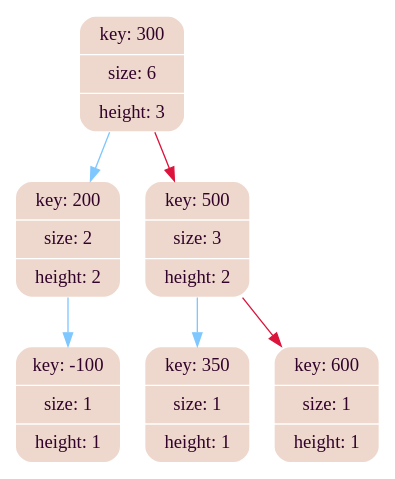
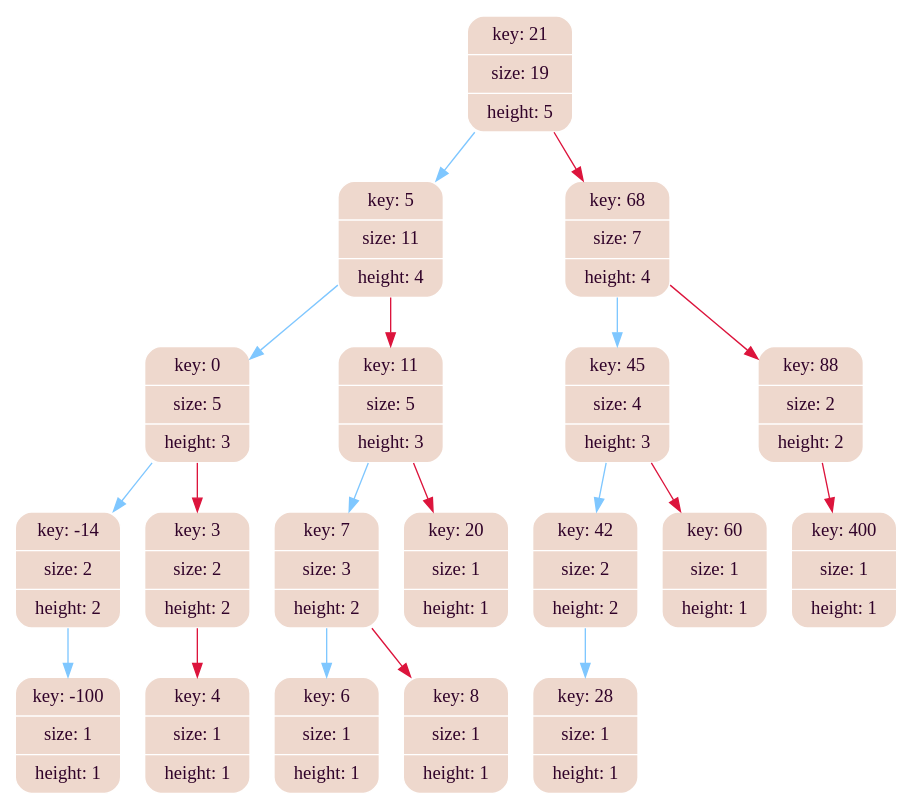
Before and after one commit to MaxGroshev/avl_tree: the diagram in graph_lib/tree_dump.dot, drawn with Graphviz. The commit also changed 6 other files, not shown here.

```diff
--- a/graph_lib/tree_dump.dot
+++ b/graph_lib/tree_dump.dot
@@ -1,17 +1,43 @@
 digraph   
 {
 rankdir = ""
 splines = "true"
 
-node0x55fe41ce79a0 [shape      = "Mrecord", width = 1.1, height = 1.21,  fillcolor   = "#eed8cd", style = "filled", fontcolor= " #31032A", fontname = "Calibri", color = "white", label = "{key: 300| size: 6| height: 3}"]
-node0x55fe41ce79a0 -> node0x55fe41ce7a20 [color = "#7FC7FF", style = "", constraint = true, fillcolor = "#7FC7FF",   fontcolor = "", fontname = "Calibri", label = ""];
-node0x55fe41ce7a20 [shape      = "Mrecord", width = 1.1, height = 1.21,  fillcolor   = "#eed8cd", style = "filled", fontcolor= " #31032A", fontname = "Calibri", color = "white", label = "{key: 200| size: 2| height: 2}"]
-node0x55fe41ce7a20 -> node0x55fe41ce7c60 [color = "#7FC7FF", style = "", constraint = true, fillcolor = "#7FC7FF",   fontcolor = "", fontname = "Calibri", label = ""];
-node0x55fe41ce7c60 [shape      = "Mrecord", width = 1.1, height = 1.21,  fillcolor   = "#eed8cd", style = "filled", fontcolor= " #31032A", fontname = "Calibri", color = "white", label = "{key: -100| size: 1| height: 1}"]
-node0x55fe41ce79a0 -> node0x55fe41ce8bd0 [color = "#DC143C", style = "", constraint = true, fillcolor = "#DC143C",   fontcolor = "", fontname = "Calibri", label = ""];
-node0x55fe41ce8bd0 [shape      = "Mrecord", width = 1.1, height = 1.21,  fillcolor   = "#eed8cd", style = "filled", fontcolor= " #31032A", fontname = "Calibri", color = "white", label = "{key: 500| size: 3| height: 2}"]
-node0x55fe41ce8bd0 -> node0x55fe41ce79e0 [color = "#7FC7FF", style = "", constraint = true, fillcolor = "#7FC7FF",   fontcolor = "", fontname = "Calibri", label = ""];
-node0x55fe41ce79e0 [shape      = "Mrecord", width = 1.1, height = 1.21,  fillcolor   = "#eed8cd", style = "filled", fontcolor= " #31032A", fontname = "Calibri", color = "white", label = "{key: 350| size: 1| height: 1}"]
-node0x55fe41ce8bd0 -> node0x55fe41ce7c20 [color = "#DC143C", style = "", constraint = true, fillcolor = "#DC143C",   fontcolor = "", fontname = "Calibri", label = ""];
-node0x55fe41ce7c20 [shape      = "Mrecord", width = 1.1, height = 1.21,  fillcolor   = "#eed8cd", style = "filled", fontcolor= " #31032A", fontname = "Calibri", color = "white", label = "{key: 600| size: 1| height: 1}"]
+node0x564a337c4ec0 [shape      = "Mrecord", width = 1.1, height = 1.21,  fillcolor   = "#eed8cd", style = "filled", fontcolor= " #31032A", fontname = "Calibri", color = "white", label = "{key: 21| size: 19| height: 5}"]
+node0x564a337c4ec0 -> node0x564a337c4fc0 [color = "#7FC7FF", style = "", constraint = true, fillcolor = "#7FC7FF",   fontcolor = "", fontname = "Calibri", label = ""];
+node0x564a337c4fc0 [shape      = "Mrecord", width = 1.1, height = 1.21,  fillcolor   = "#eed8cd", style = "filled", fontcolor= " #31032A", fontname = "Calibri", color = "white", label = "{key: 5| size: 11| height: 4}"]
+node0x564a337c4fc0 -> node0x564a337c4f40 [color = "#7FC7FF", style = "", constraint = true, fillcolor = "#7FC7FF",   fontcolor = "", fontname = "Calibri", label = ""];
+node0x564a337c4f40 [shape      = "Mrecord", width = 1.1, height = 1.21,  fillcolor   = "#eed8cd", style = "filled", fontcolor= " #31032A", fontname = "Calibri", color = "white", label = "{key: 0| size: 5| height: 3}"]
+node0x564a337c4f40 -> node0x564a337c4f80 [color = "#7FC7FF", style = "", constraint = true, fillcolor = "#7FC7FF",   fontcolor = "", fontname = "Calibri", label = ""];
+node0x564a337c4f80 [shape      = "Mrecord", width = 1.1, height = 1.21,  fillcolor   = "#eed8cd", style = "filled", fontcolor= " #31032A", fontname = "Calibri", color = "white", label = "{key: -14| size: 2| height: 2}"]
+node0x564a337c4f80 -> node0x564a337c49a0 [color = "#7FC7FF", style = "", constraint = true, fillcolor = "#7FC7FF",   fontcolor = "", fontname = "Calibri", label = ""];
+node0x564a337c49a0 [shape      = "Mrecord", width = 1.1, height = 1.21,  fillcolor   = "#eed8cd", style = "filled", fontcolor= " #31032A", fontname = "Calibri", color = "white", label = "{key: -100| size: 1| height: 1}"]
+node0x564a337c4f40 -> node0x564a337c4e00 [color = "#DC143C", style = "", constraint = true, fillcolor = "#DC143C",   fontcolor = "", fontname = "Calibri", label = ""];
+node0x564a337c4e00 [shape      = "Mrecord", width = 1.1, height = 1.21,  fillcolor   = "#eed8cd", style = "filled", fontcolor= " #31032A", fontname = "Calibri", color = "white", label = "{key: 3| size: 2| height: 2}"]
+node0x564a337c4e00 -> node0x564a337c5100 [color = "#DC143C", style = "", constraint = true, fillcolor = "#DC143C",   fontcolor = "", fontname = "Calibri", label = ""];
+node0x564a337c5100 [shape      = "Mrecord", width = 1.1, height = 1.21,  fillcolor   = "#eed8cd", style = "filled", fontcolor= " #31032A", fontname = "Calibri", color = "white", label = "{key: 4| size: 1| height: 1}"]
+node0x564a337c4fc0 -> node0x564a337c5140 [color = "#DC143C", style = "", constraint = true, fillcolor = "#DC143C",   fontcolor = "", fontname = "Calibri", label = ""];
+node0x564a337c5140 [shape      = "Mrecord", width = 1.1, height = 1.21,  fillcolor   = "#eed8cd", style = "filled", fontcolor= " #31032A", fontname = "Calibri", color = "white", label = "{key: 11| size: 5| height: 3}"]
+node0x564a337c5140 -> node0x564a337c4a20 [color = "#7FC7FF", style = "", constraint = true, fillcolor = "#7FC7FF",   fontcolor = "", fontname = "Calibri", label = ""];
+node0x564a337c4a20 [shape      = "Mrecord", width = 1.1, height = 1.21,  fillcolor   = "#eed8cd", style = "filled", fontcolor= " #31032A", fontname = "Calibri", color = "white", label = "{key: 7| size: 3| height: 2}"]
+node0x564a337c4a20 -> node0x564a337c5180 [color = "#7FC7FF", style = "", constraint = true, fillcolor = "#7FC7FF",   fontcolor = "", fontname = "Calibri", label = ""];
+node0x564a337c5180 [shape      = "Mrecord", width = 1.1, height = 1.21,  fillcolor   = "#eed8cd", style = "filled", fontcolor= " #31032A", fontname = "Calibri", color = "white", label = "{key: 6| size: 1| height: 1}"]
+node0x564a337c4a20 -> node0x564a337c4ae0 [color = "#DC143C", style = "", constraint = true, fillcolor = "#DC143C",   fontcolor = "", fontname = "Calibri", label = ""];
+node0x564a337c4ae0 [shape      = "Mrecord", width = 1.1, height = 1.21,  fillcolor   = "#eed8cd", style = "filled", fontcolor= " #31032A", fontname = "Calibri", color = "white", label = "{key: 8| size: 1| height: 1}"]
+node0x564a337c5140 -> node0x564a337c4b20 [color = "#DC143C", style = "", constraint = true, fillcolor = "#DC143C",   fontcolor = "", fontname = "Calibri", label = ""];
+node0x564a337c4b20 [shape      = "Mrecord", width = 1.1, height = 1.21,  fillcolor   = "#eed8cd", style = "filled", fontcolor= " #31032A", fontname = "Calibri", color = "white", label = "{key: 20| size: 1| height: 1}"]
+node0x564a337c4ec0 -> node0x564a337c5080 [color = "#DC143C", style = "", constraint = true, fillcolor = "#DC143C",   fontcolor = "", fontname = "Calibri", label = ""];
+node0x564a337c5080 [shape      = "Mrecord", width = 1.1, height = 1.21,  fillcolor   = "#eed8cd", style = "filled", fontcolor= " #31032A", fontname = "Calibri", color = "white", label = "{key: 68| size: 7| height: 4}"]
+node0x564a337c5080 -> node0x564a337c50c0 [color = "#7FC7FF", style = "", constraint = true, fillcolor = "#7FC7FF",   fontcolor = "", fontname = "Calibri", label = ""];
+node0x564a337c50c0 [shape      = "Mrecord", width = 1.1, height = 1.21,  fillcolor   = "#eed8cd", style = "filled", fontcolor= " #31032A", fontname = "Calibri", color = "white", label = "{key: 45| size: 4| height: 3}"]
+node0x564a337c50c0 -> node0x564a337c5040 [color = "#7FC7FF", style = "", constraint = true, fillcolor = "#7FC7FF",   fontcolor = "", fontname = "Calibri", label = ""];
+node0x564a337c5040 [shape      = "Mrecord", width = 1.1, height = 1.21,  fillcolor   = "#eed8cd", style = "filled", fontcolor= " #31032A", fontname = "Calibri", color = "white", label = "{key: 42| size: 2| height: 2}"]
+node0x564a337c5040 -> node0x564a337c4920 [color = "#7FC7FF", style = "", constraint = true, fillcolor = "#7FC7FF",   fontcolor = "", fontname = "Calibri", label = ""];
+node0x564a337c4920 [shape      = "Mrecord", width = 1.1, height = 1.21,  fillcolor   = "#eed8cd", style = "filled", fontcolor= " #31032A", fontname = "Calibri", color = "white", label = "{key: 28| size: 1| height: 1}"]
+node0x564a337c50c0 -> node0x564a337c4e80 [color = "#DC143C", style = "", constraint = true, fillcolor = "#DC143C",   fontcolor = "", fontname = "Calibri", label = ""];
+node0x564a337c4e80 [shape      = "Mrecord", width = 1.1, height = 1.21,  fillcolor   = "#eed8cd", style = "filled", fontcolor= " #31032A", fontname = "Calibri", color = "white", label = "{key: 60| size: 1| height: 1}"]
+node0x564a337c5080 -> node0x564a337c49e0 [color = "#DC143C", style = "", constraint = true, fillcolor = "#DC143C",   fontcolor = "", fontname = "Calibri", label = ""];
+node0x564a337c49e0 [shape      = "Mrecord", width = 1.1, height = 1.21,  fillcolor   = "#eed8cd", style = "filled", fontcolor= " #31032A", fontname = "Calibri", color = "white", label = "{key: 88| size: 2| height: 2}"]
+node0x564a337c49e0 -> node0x564a337c4e40 [color = "#DC143C", style = "", constraint = true, fillcolor = "#DC143C",   fontcolor = "", fontname = "Calibri", label = ""];
+node0x564a337c4e40 [shape      = "Mrecord", width = 1.1, height = 1.21,  fillcolor   = "#eed8cd", style = "filled", fontcolor= " #31032A", fontname = "Calibri", color = "white", label = "{key: 400| size: 1| height: 1}"]
 }
```
